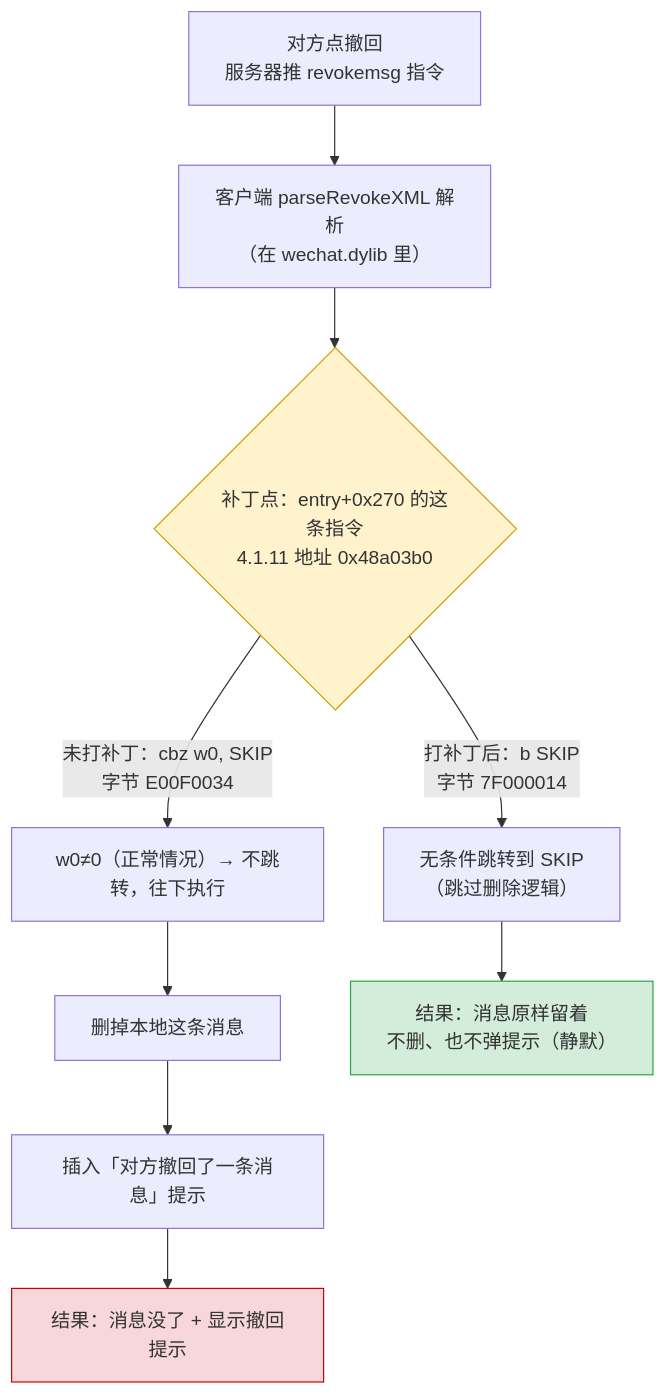
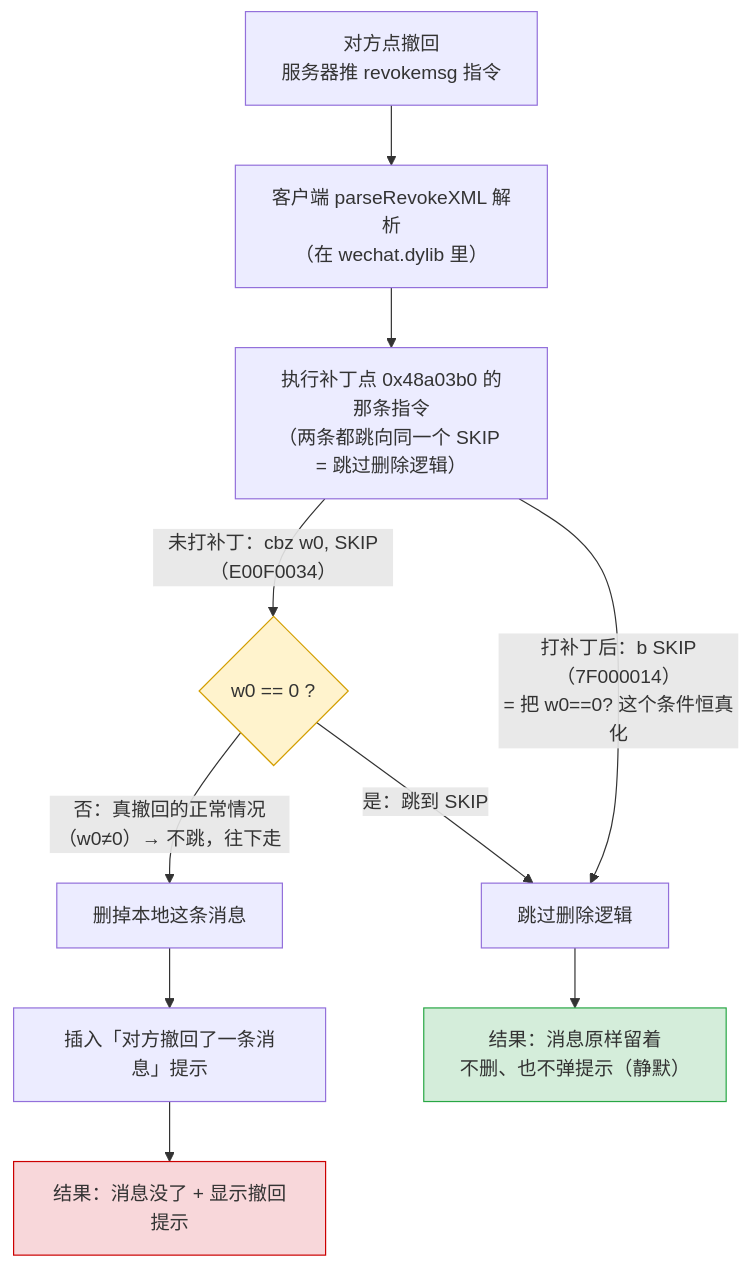
Before and after one commit to zengtianli/WeChatTweak: the diagram in docs/anti-revoke-patch.md, drawn with Mermaid.

Commit message:
docs: fix anti-revoke flowchart to use real runtime condition (w0==0?)
菱形判断框从「打没打补丁」的静态状态改为真运行时条件 w0==0?,
并让两条指令汇入同一个 SKIP 节点,显出补丁 =「把条件恒真化」的本质。

````diff
--- a/docs/anti-revoke-patch.md
+++ b/docs/anti-revoke-patch.md
@@ -5,17 +5,19 @@
 ```mermaid
 flowchart TD
     S["对方点撤回<br/>服务器推 revokemsg 指令"] --> P["客户端 parseRevokeXML 解析<br/>（在 wechat.dylib 里）"]
-    P --> B{"补丁点：entry+0x270 的这条指令<br/>4.1.11 地址 0x48a03b0"}
+    P --> INS["执行补丁点 0x48a03b0 的那条指令<br/>（两条都跳向同一个 SKIP = 跳过删除逻辑）"]
 
-    B -->|"未打补丁：cbz w0, SKIP<br/>字节 E00F0034"| O1["w0≠0（正常情况）→ 不跳转，往下执行"]
-    O1 --> O2["删掉本地这条消息"]
+    INS -->|"未打补丁：cbz w0, SKIP（E00F0034）"| C{"w0 == 0 ?"}
+    C -->|"否：真撤回的正常情况（w0≠0）→ 不跳，往下走"| O2["删掉本地这条消息"]
     O2 --> O3["插入「对方撤回了一条消息」提示"]
     O3 --> ORES["结果：消息没了 + 显示撤回提示"]
+    C -->|"是：跳到 SKIP"| SKIP["跳过删除逻辑"]
 
-    B -->|"打补丁后：b SKIP<br/>字节 7F000014"| N1["无条件跳转到 SKIP<br/>（跳过删除逻辑）"]
-    N1 --> NRES["结果：消息原样留着<br/>不删、也不弹提示（静默）"]
+    INS -->|"打补丁后：b SKIP（7F000014）<br/>= 把 w0==0? 这个条件恒真化"| SKIP
 
-    style B fill:#fff3cd,stroke:#d39e00
+    SKIP --> NRES["结果：消息原样留着<br/>不删、也不弹提示（静默）"]
+
+    style C fill:#fff3cd,stroke:#d39e00
     style ORES fill:#f8d7da,stroke:#c00
     style NRES fill:#d4edda,stroke:#28a745
 ```
````
